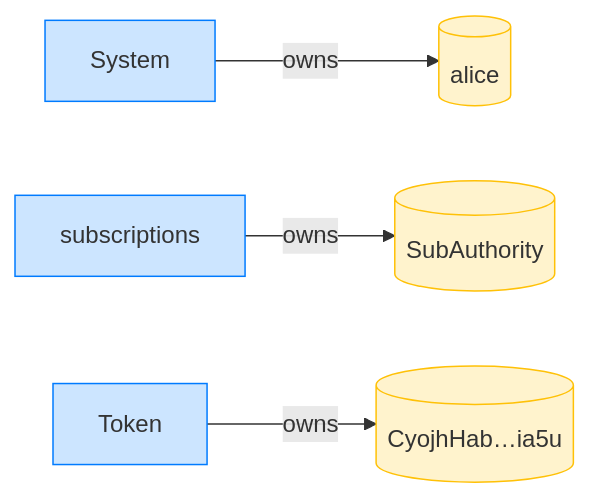
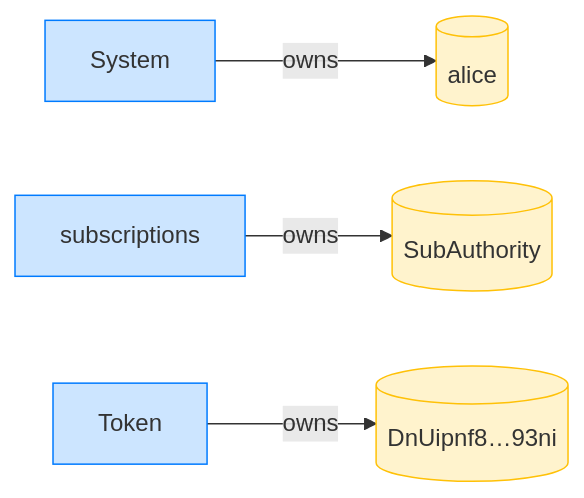
The fourth of 8 diagrams in dsl_tests/a-sponsor-cannot-revoke-a-no-expiry-delegation.md (cds-rs/subscriptions), drawn with Mermaid before and after one commit. The commit also changed other lines of this file and 224 other files, not shown here.

````diff
--- a/dsl_tests/a-sponsor-cannot-revoke-a-no-expiry-delegation.md
+++ b/dsl_tests/a-sponsor-cannot-revoke-a-no-expiry-delegation.md
@@ -71,14 +76,14 @@
 ```mermaid
 flowchart LR
     classDef owner fill:#cce5ff,stroke:#007bff;
     classDef account fill:#fff3cd,stroke:#ffc107;
     System[System]:::owner
     alice[(alice)]:::account
     subscriptions[subscriptions]:::owner
     SubAuthority[(SubAuthority)]:::account
     Token[Token]:::owner
-    CyojhHab_ia5u[("CyojhHab…ia5u")]:::account
+    DnUipnf8_93ni[("DnUipnf8…93ni")]:::account
     System -->|owns| alice
     subscriptions -->|owns| SubAuthority
-    Token -->|owns| CyojhHab_ia5u
+    Token -->|owns| DnUipnf8_93ni
 ```
````
